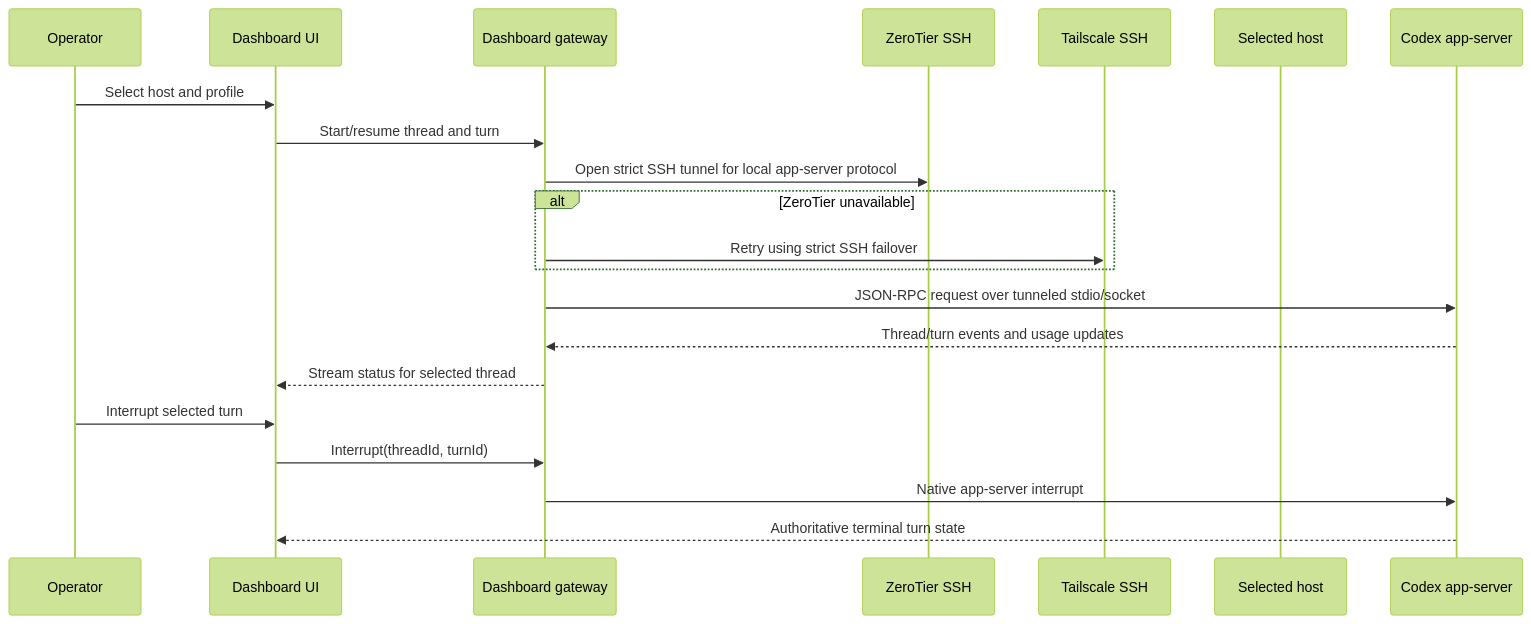
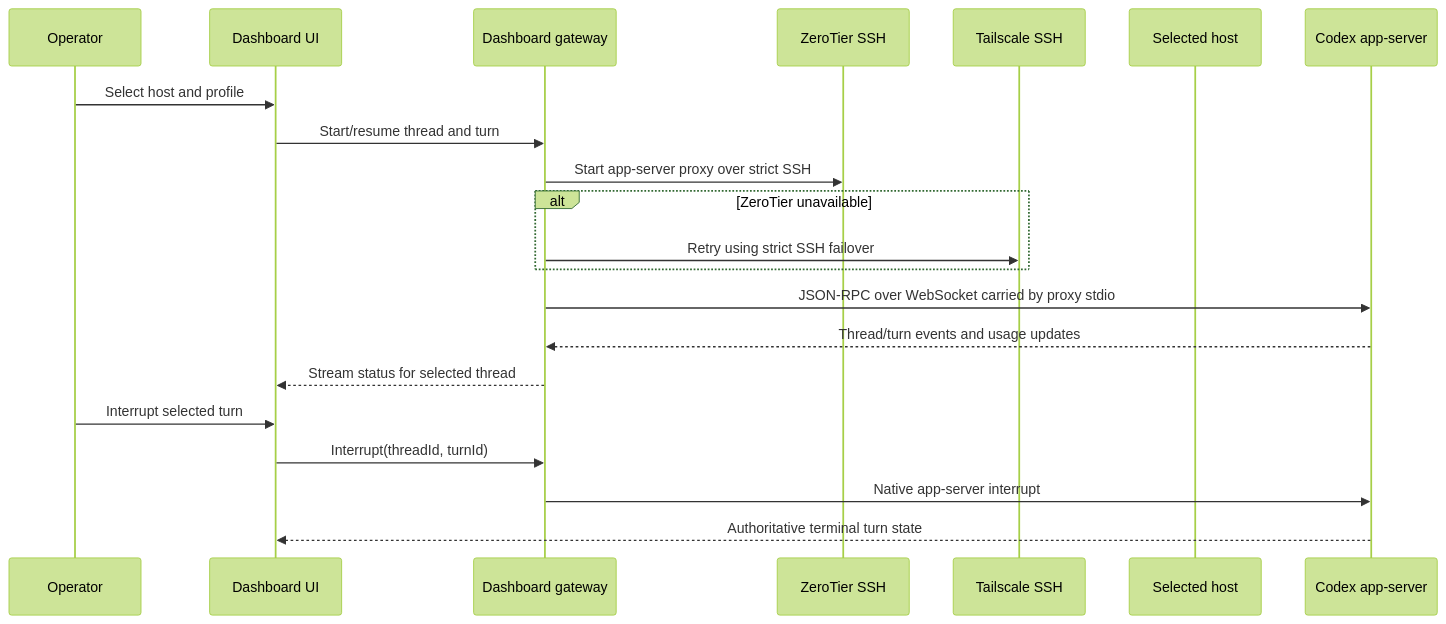
Before and after one commit to averyfreeman/codex-orchestrator-dashboard: the second of 2 diagrams in docs/architecture.md, drawn with Mermaid (forest theme). The commit also changed other lines of this file and 74 other files, not shown here.

````diff
--- a/docs/architecture.md
+++ b/docs/architecture.md
@@ -31,23 +31,23 @@
 ```mermaid
 sequenceDiagram
     participant U as Operator
     participant UI as Dashboard UI
     participant G as Dashboard gateway
     participant Z as ZeroTier SSH
     participant T as Tailscale SSH
     participant H as Selected host
     participant C as Codex app-server
     U->>UI: Select host and profile
     UI->>G: Start/resume thread and turn
-    G->>Z: Open strict SSH tunnel for local app-server protocol
+    G->>Z: Start app-server proxy over strict SSH
     alt ZeroTier unavailable
         G->>T: Retry using strict SSH failover
     end
-    G->>C: JSON-RPC request over tunneled stdio/socket
+    G->>C: JSON-RPC over WebSocket carried by proxy stdio
     C-->>G: Thread/turn events and usage updates
     G-->>UI: Stream status for selected thread
     U->>UI: Interrupt selected turn
     UI->>G: Interrupt(threadId, turnId)
     G->>C: Native app-server interrupt
     C-->>UI: Authoritative terminal turn state
 ```
````
